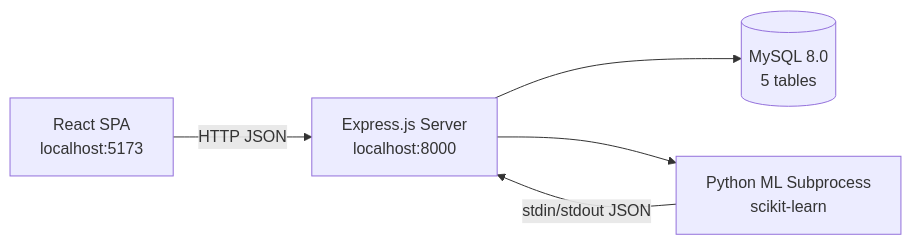
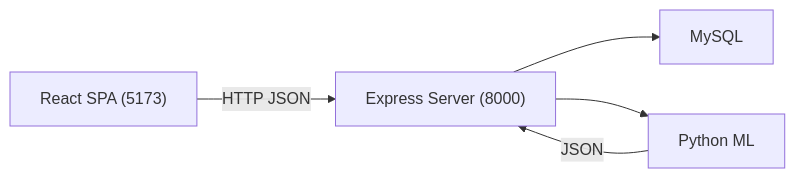
One commit to ShivShah018/finsightwebapp changed the first of 4 diagrams in README.md. Above: the diagram before and after it, drawn with Mermaid. The commit also changed other lines of this file, not shown here.

Commit message:
Fix Mermaid syntax: remove angle/curly/square brackets and HTML br tags from diagram labels

````diff
--- a/README.md
+++ b/README.md
@@ -30,7 +30,7 @@
 ```mermaid
 flowchart LR
-    A[React SPA<br/>localhost:5173] -->|HTTP JSON| B[Express.js Server<br/>localhost:8000]
-    B --> C[(MySQL 8.0<br/>5 tables)]
-    B --> D[Python ML Subprocess<br/>scikit-learn]
-    D -->|stdin/stdout JSON| B
+    A["React SPA (5173)"] -->|HTTP JSON| B["Express Server (8000)"]
+    B --> C["MySQL"]
+    B --> D["Python ML"]
+    D -->|JSON| B
 ```
````
